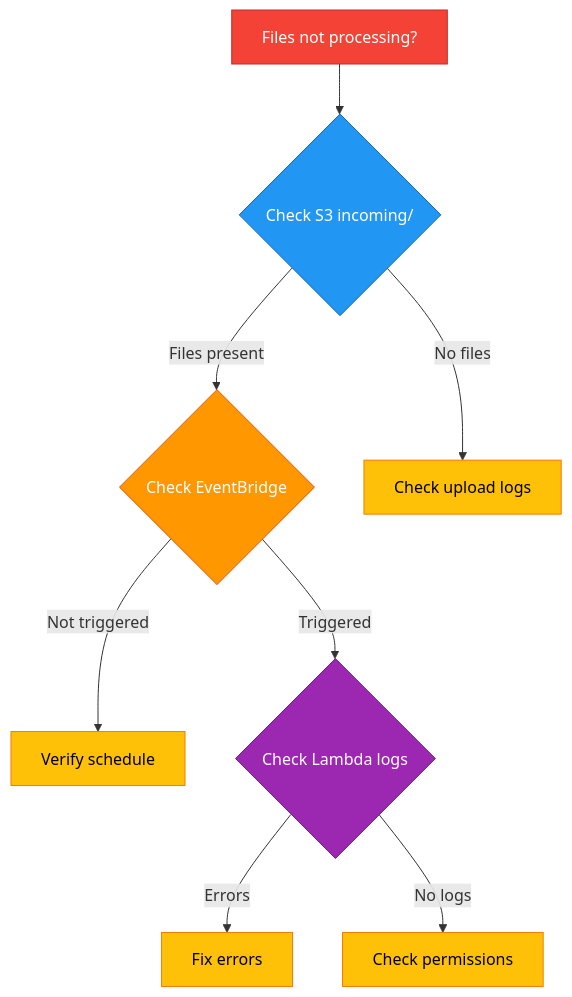
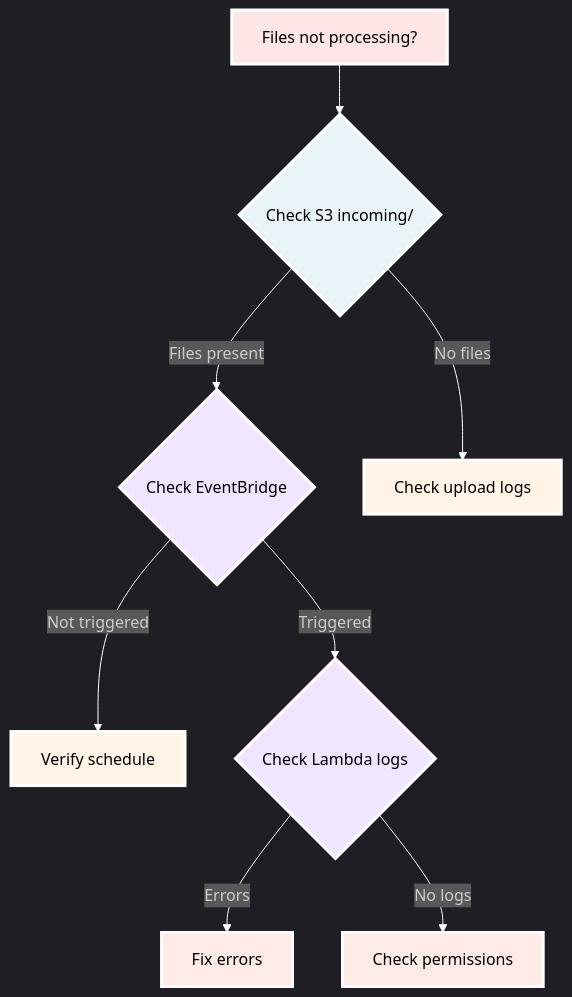
The seventh of 7 diagrams in docs/architecture/etl-workflow.md (GMartin-Data/e1-certification), drawn with Mermaid before and after one commit. The commit also changed other lines of this file, not shown here.

Commit message:
docs: improve graphs readability in etl-workflow.md

````diff
--- a/docs/architecture/etl-workflow.md
+++ b/docs/architecture/etl-workflow.md
@@ -258,19 +396,37 @@
 ```mermaid
+%%{init: {
+  'theme': 'dark',
+  'themeVariables': {
+    'primaryColor': '#1a1a1a',
+    'primaryTextColor': '#ffffff',
+    'primaryBorderColor': '#ffffff',
+    'background': '#000000',
+    'mainBkg': '#1a1a1a',
+    'lineColor': '#ffffff'
+  }
+}}%%
+
 graph TD
     A[Files not processing?] --> B{Check S3 incoming/}
     B -->|Files present| C{Check EventBridge}
     B -->|No files| D[Check upload logs]
     C -->|Not triggered| E[Verify schedule]
     C -->|Triggered| F{Check Lambda logs}
     F -->|Errors| G[Fix errors]
     F -->|No logs| H[Check permissions]
 
-    style A fill:#F44336,stroke:#C62828,color:#fff
-    style B fill:#2196F3,stroke:#1565C0,color:#fff
-    style C fill:#FF9800,stroke:#E65100,color:#fff
-    style D fill:#FFC107,stroke:#F57C00,color:#000
-    style E fill:#FFC107,stroke:#F57C00,color:#000
-    style F fill:#9C27B0,stroke:#6A1B9A,color:#fff
-    style G fill:#FFC107,stroke:#F57C00,color:#000
-    style H fill:#FFC107,stroke:#F57C00,color:#000
+    %% Coherent pastel colors for optimal readability
+    classDef problemStart fill:#FFE6E6,stroke:#ffffff,stroke-width:3px,color:#000
+    classDef checkFiles fill:#E8F4F8,stroke:#ffffff,stroke-width:3px,color:#000
+    classDef checkEventBridge fill:#F0E6FF,stroke:#ffffff,stroke-width:3px,color:#000
+    classDef verifyActions fill:#FFF4E6,stroke:#ffffff,stroke-width:3px,color:#000
+    classDef checkLambda fill:#F0E6FF,stroke:#ffffff,stroke-width:3px,color:#000
+    classDef fixActions fill:#FFEBE6,stroke:#ffffff,stroke-width:3px,color:#000
+
+    class A problemStart
+    class B checkFiles
+    class C checkEventBridge
+    class D,E verifyActions
+    class F checkLambda
+    class G,H fixActions
 ```
````
